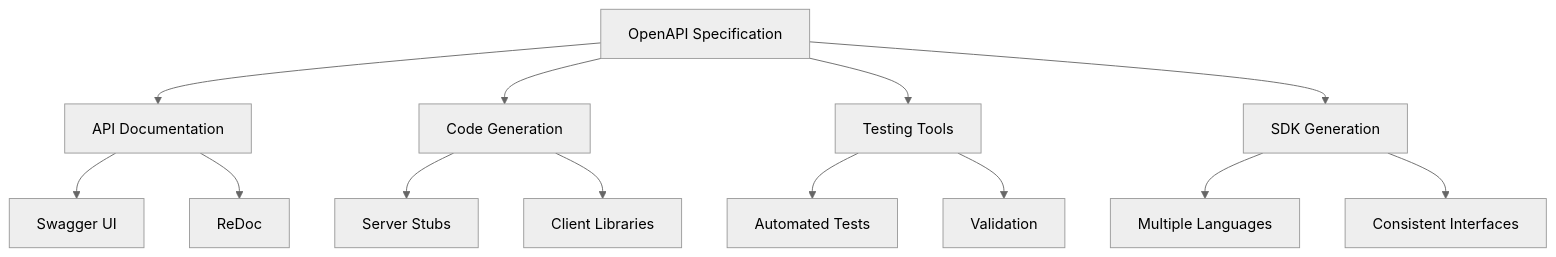
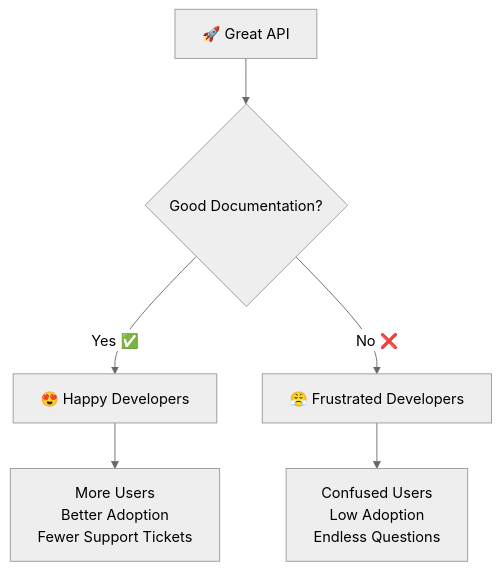
Before and after one commit to balupeddireddy08/FastAPI-for-AI-Projects: the first of 2 diagrams in 06-swagger-openapi/README.md, drawn with Mermaid (neutral theme). The commit also changed other lines of this file and 9 other files, not shown here.

````diff
--- a/06-swagger-openapi/README.md
+++ b/06-swagger-openapi/README.md
@@ -9,19 +20,9 @@
 ```mermaid
 graph TD
-    A[OpenAPI Specification] --> B[API Documentation]
-    A --> C[Code Generation]
-    A --> D[Testing Tools]
-    A --> E[SDK Generation]
+    A[🚀 Great API] --> B{Good Documentation?}
+    B -->|Yes ✅| C[😍 Happy Developers]
+    B -->|No ❌| D[😤 Frustrated Developers]
     
-    B --> B1[Swagger UI]
-    B --> B2[ReDoc]
-    
-    C --> C1[Server Stubs]
-    C --> C2[Client Libraries]
-    
-    D --> D1[Automated Tests]
-    D --> D2[Validation]
-    
-    E --> E1[Multiple Languages]
-    E --> E2[Consistent Interfaces]
+    C --> C1[More Users<br/>Better Adoption<br/>Fewer Support Tickets]
+    D --> D1[Confused Users<br/>Low Adoption<br/>Endless Questions]
 ```
````
